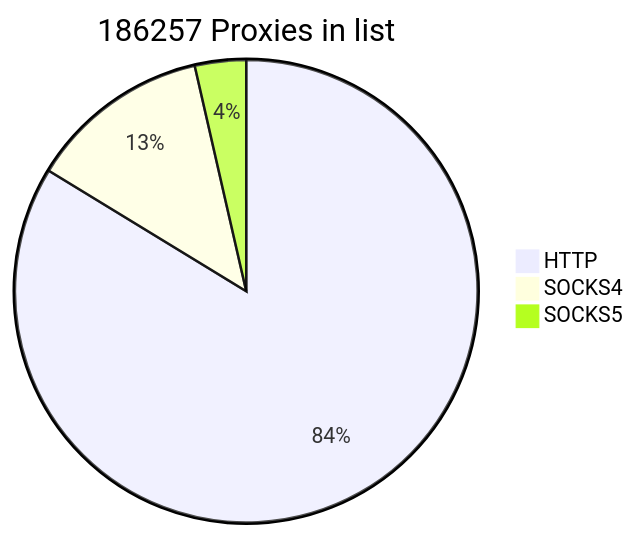
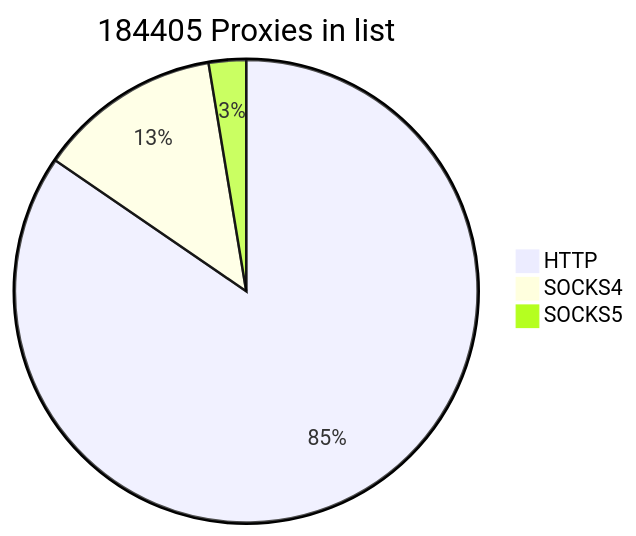
One commit to cutipu/proxylist changed the first of 2 diagrams in README.md. Above: the diagram before and after it, drawn with Mermaid. The commit also changed other lines of this file, not shown here.

````diff
--- a/README.md
+++ b/README.md
@@ -2,7 +2,7 @@
 ```mermaid
-pie title 186257 Proxies in list
+pie title 184405 Proxies in list
     "HTTP" : 155945
     "SOCKS4" : 23649
-    "SOCKS5" : 6663
+    "SOCKS5" : 4811
             
 ```
````
